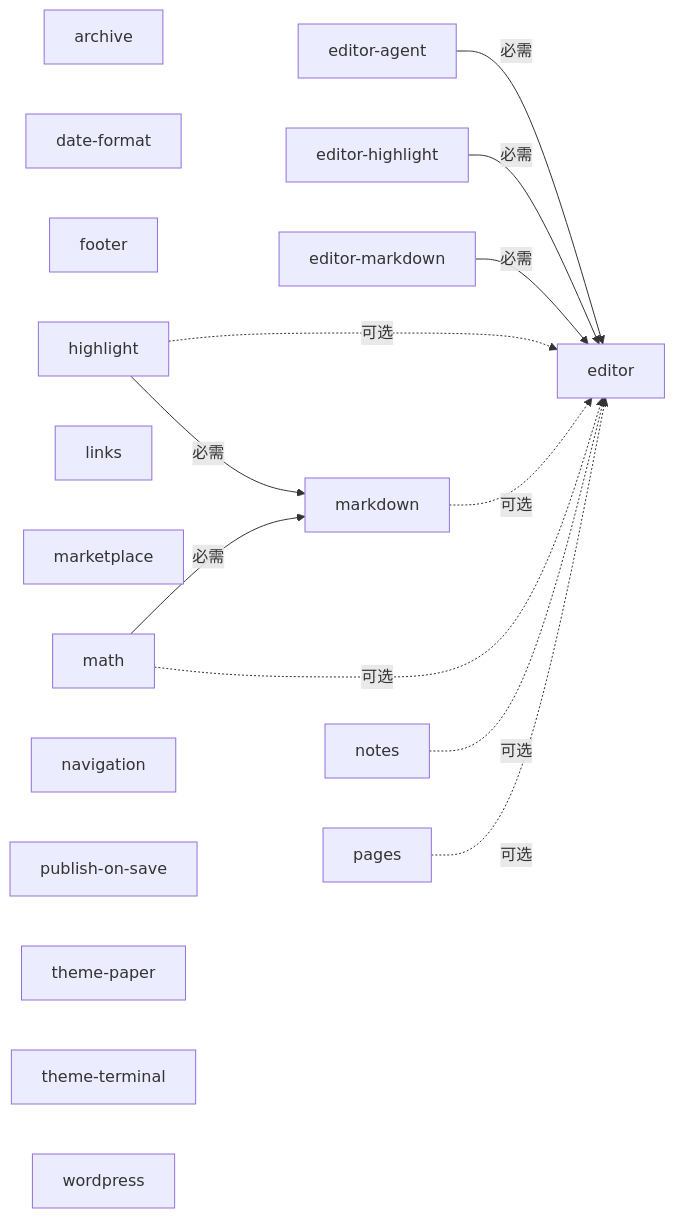
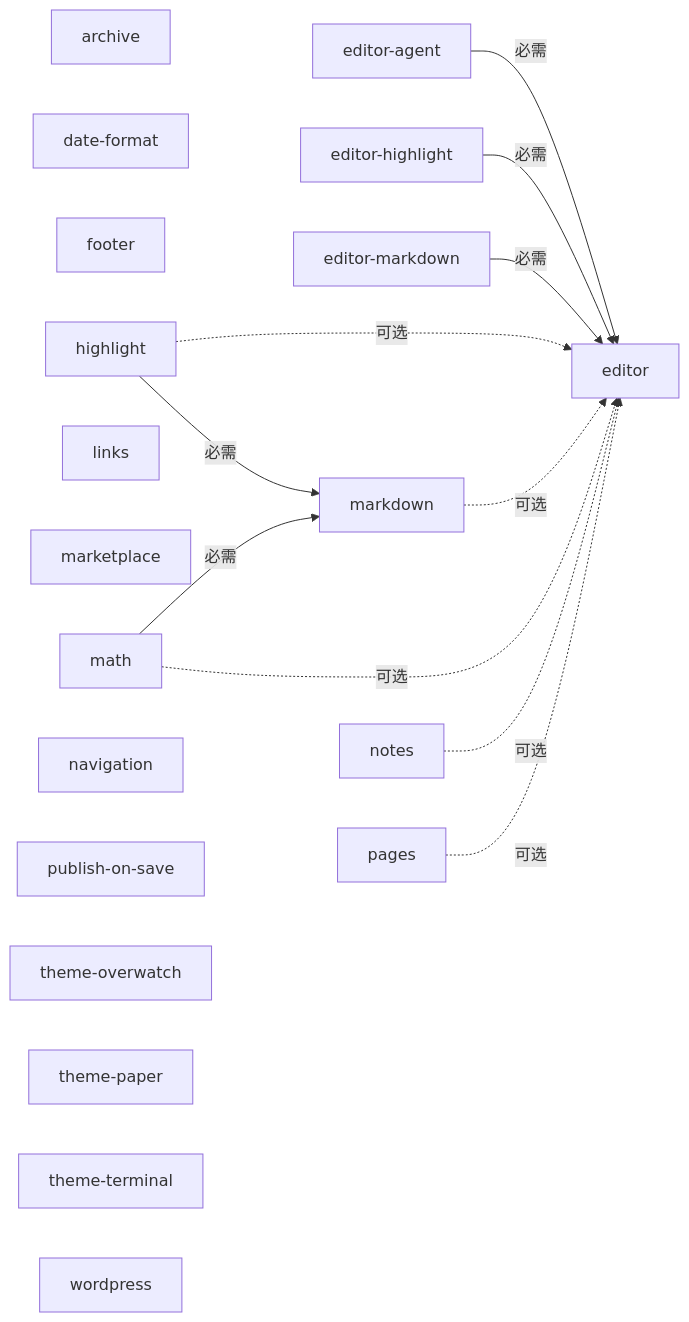
One commit to Junming-Liang/agent-blog changed the diagram in marketplace/README.md. Above: the diagram before and after it, drawn with Mermaid. The commit also changed other lines of this file and 15 other files, not shown here.

Commit message:
feat: add an Overwatch 2 inspired theme plugin

````diff
--- a/marketplace/README.md
+++ b/marketplace/README.md
@@ -35,32 +36,33 @@
 ```mermaid
 flowchart LR
   p_archive["archive"]
   p_date_format["date-format"]
   p_editor_agent["editor-agent"]
   p_editor_agent -- 必需 --> p_editor
   p_editor_highlight["editor-highlight"]
   p_editor_highlight -- 必需 --> p_editor
   p_editor_markdown["editor-markdown"]
   p_editor_markdown -- 必需 --> p_editor
   p_editor["editor"]
   p_footer["footer"]
   p_highlight["highlight"]
   p_highlight -- 必需 --> p_markdown
   p_highlight -. 可选 .-> p_editor
   p_links["links"]
   p_markdown["markdown"]
   p_markdown -. 可选 .-> p_editor
   p_marketplace["marketplace"]
   p_math["math"]
   p_math -- 必需 --> p_markdown
   p_math -. 可选 .-> p_editor
   p_navigation["navigation"]
   p_notes["notes"]
   p_notes -. 可选 .-> p_editor
   p_pages["pages"]
   p_pages -. 可选 .-> p_editor
   p_publish_on_save["publish-on-save"]
+  p_theme_overwatch["theme-overwatch"]
   p_theme_paper["theme-paper"]
   p_theme_terminal["theme-terminal"]
   p_wordpress["wordpress"]
 ```
````
